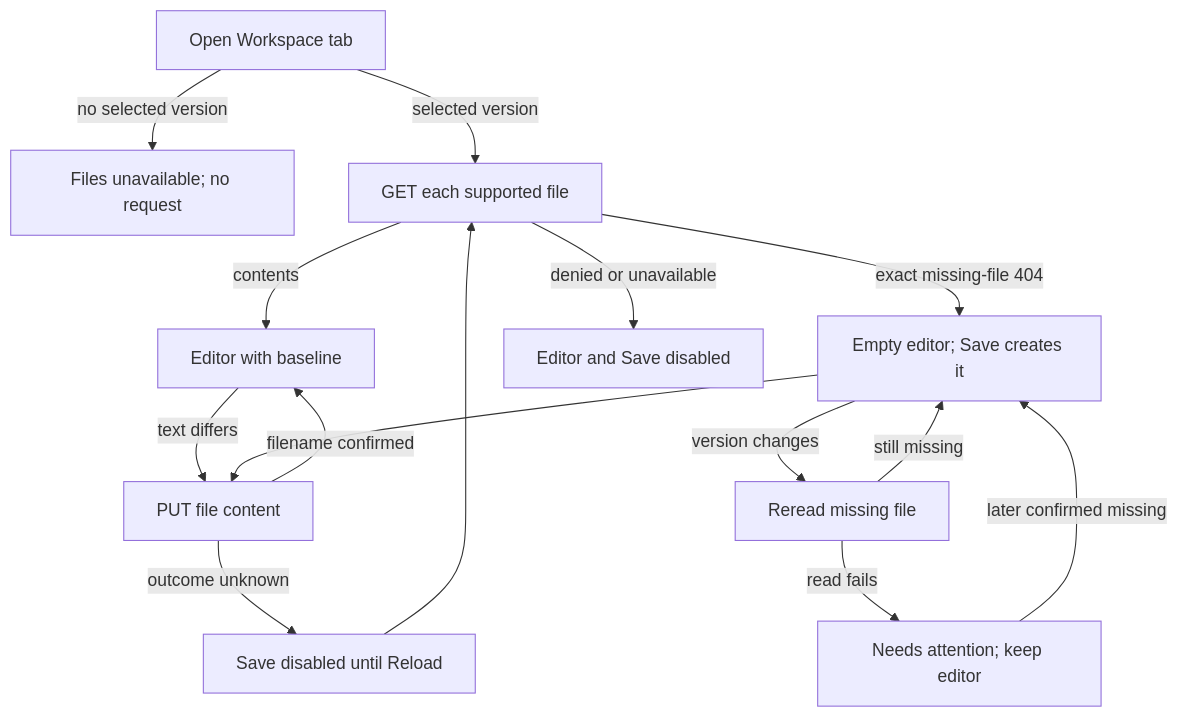
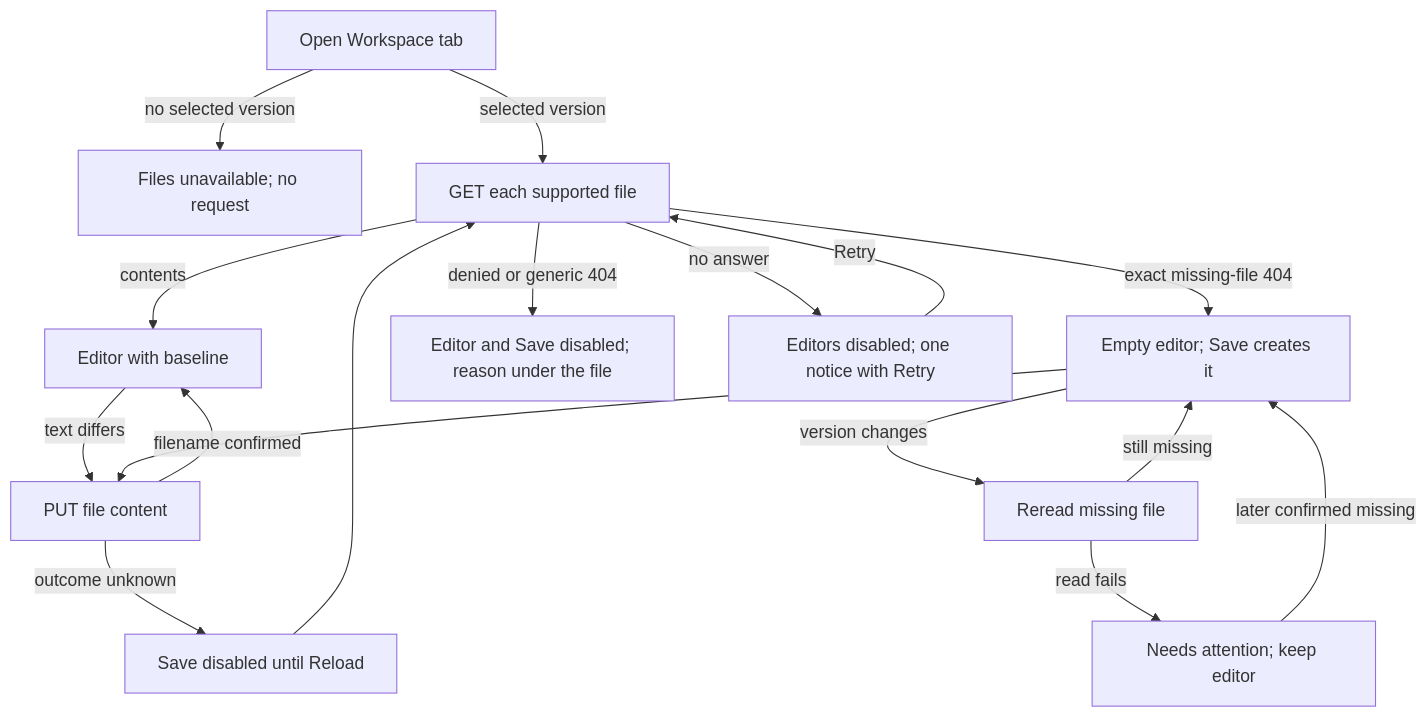
Before and after one commit to openclaw/openclaw-enterprise: the diagram in docs/flows/platform-console/agent-workspace-files.md, drawn with Mermaid. The commit also changed other lines of this file and 8 other files, not shown here.

First line of the commit message:
fix(console): show one notice with Retry when Workspace files cannot be reached

````diff
--- a/docs/flows/platform-console/agent-workspace-files.md
+++ b/docs/flows/platform-console/agent-workspace-files.md
@@ -23,17 +23,19 @@
 ```mermaid
 graph TD
   A["Open Workspace tab"] -->|no selected version| U["Files unavailable; no request"]
   A -->|selected version| R["GET each supported file"]
   R -->|contents| E["Editor with baseline"]
   R -->|exact missing-file 404| M["Empty editor; Save creates it"]
-  R -->|denied or unavailable| D["Editor and Save disabled"]
+  R -->|denied or generic 404| D["Editor and Save disabled; reason under the file"]
+  R -->|no answer| N["Editors disabled; one notice with Retry"]
+  N -->|Retry| R
   E -->|text differs| S["PUT file content"]
   M --> S
   M -->|version changes| V["Reread missing file"]
   V -->|still missing| M
   V -->|read fails| F["Needs attention; keep editor"]
   F -->|later confirmed missing| M
   S -->|filename confirmed| E
   S -->|outcome unknown| L["Save disabled until Reload"]
   L --> R
 ```
````
